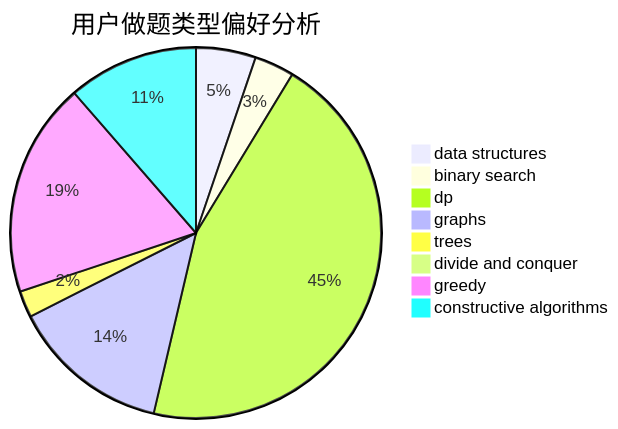
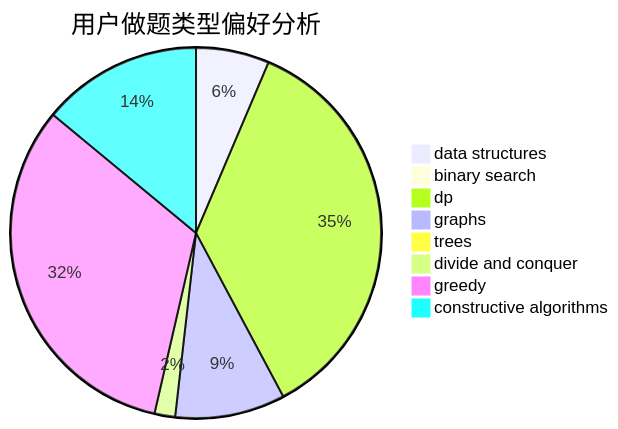
Before and after one commit to sherpahu/cfrs.github.io: the second of 3 diagrams in docs/user/u2564.md, drawn with Mermaid. The commit also changed other lines of this file and 2770 other files, not shown here.

````diff
--- a/docs/user/u2564.md
+++ b/docs/user/u2564.md
@@ -23,11 +23,11 @@
 ```mermaid
 pie title 用户做题类型偏好分析
-    "data structures" :  27
-    "binary search" :  18
-    "dp" :  233
-    "graphs" :  72
-    "trees" :  12
-    "divide and conquer" :  0
-    "greedy" :  97
-    "constructive algorithms" :  59
+    "data structures" :  32
+    "binary search" :  5
+    "dp" :  179
+    "graphs" :  48
+    "trees" :  3
+    "divide and conquer" :  9
+    "greedy" :  162
+    "constructive algorithms" :  70
 ```
````
